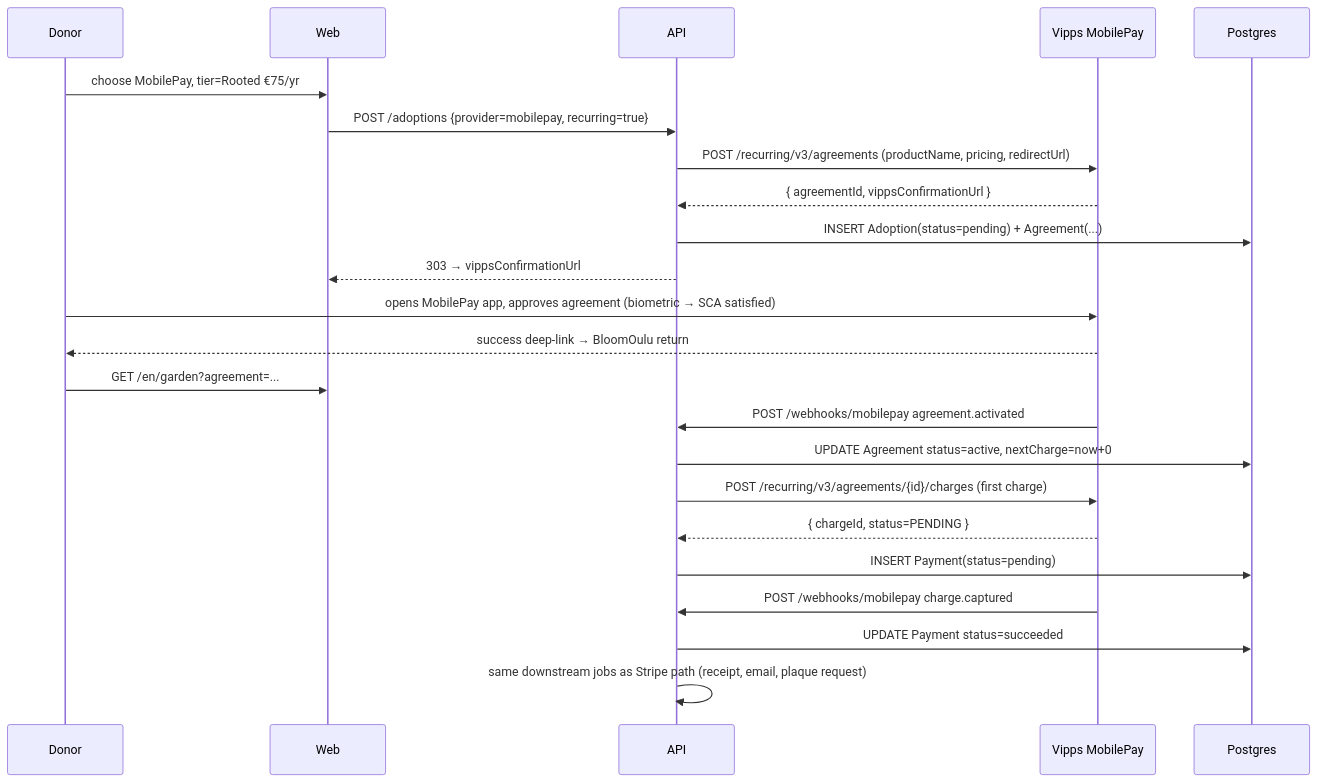
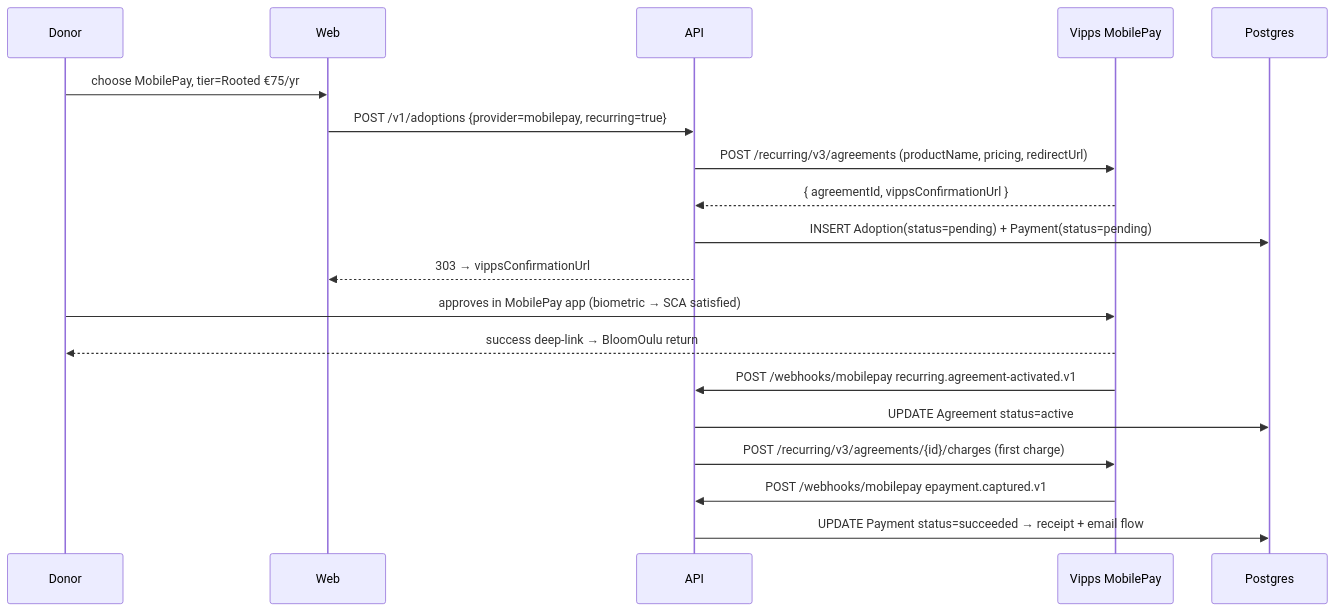
The fourth of 6 diagrams in production/docs/system-design.md (hsn07pk/BloomOulu), drawn with Mermaid before and after one commit. The commit also changed other lines of this file and 4 other files, not shown here.

````diff
--- a/production/docs/system-design.md
+++ b/production/docs/system-design.md
@@ -86,29 +138,23 @@
 ```mermaid
 sequenceDiagram
   participant D as Donor
   participant W as Web
   participant A as API
   participant V as Vipps MobilePay
   participant DB as Postgres
 
   D->>W: choose MobilePay, tier=Rooted €75/yr
-  W->>A: POST /adoptions {provider=mobilepay, recurring=true}
+  W->>A: POST /v1/adoptions {provider=mobilepay, recurring=true}
   A->>V: POST /recurring/v3/agreements (productName, pricing, redirectUrl)
   V-->>A: { agreementId, vippsConfirmationUrl }
-  A->>DB: INSERT Adoption(status=pending) + Agreement(...)
+  A->>DB: INSERT Adoption(status=pending) + Payment(status=pending)
   A-->>W: 303 → vippsConfirmationUrl
 
-  D->>V: opens MobilePay app, approves agreement (biometric → SCA satisfied)
+  D->>V: approves in MobilePay app (biometric → SCA satisfied)
   V-->>D: success deep-link → BloomOulu return
-  D->>W: GET /en/garden?agreement=...
-
-  V->>A: POST /webhooks/mobilepay agreement.activated
-  A->>DB: UPDATE Agreement status=active, nextCharge=now+0
+  V->>A: POST /webhooks/mobilepay recurring.agreement-activated.v1
+  A->>DB: UPDATE Agreement status=active
   A->>V: POST /recurring/v3/agreements/{id}/charges (first charge)
-  V-->>A: { chargeId, status=PENDING }
-  A->>DB: INSERT Payment(status=pending)
-
-  V->>A: POST /webhooks/mobilepay charge.captured
-  A->>DB: UPDATE Payment status=succeeded
-  A->>A: same downstream jobs as Stripe path (receipt, email, plaque request)
+  V->>A: POST /webhooks/mobilepay epayment.captured.v1
+  A->>DB: UPDATE Payment status=succeeded → receipt + email flow
 ```
````
